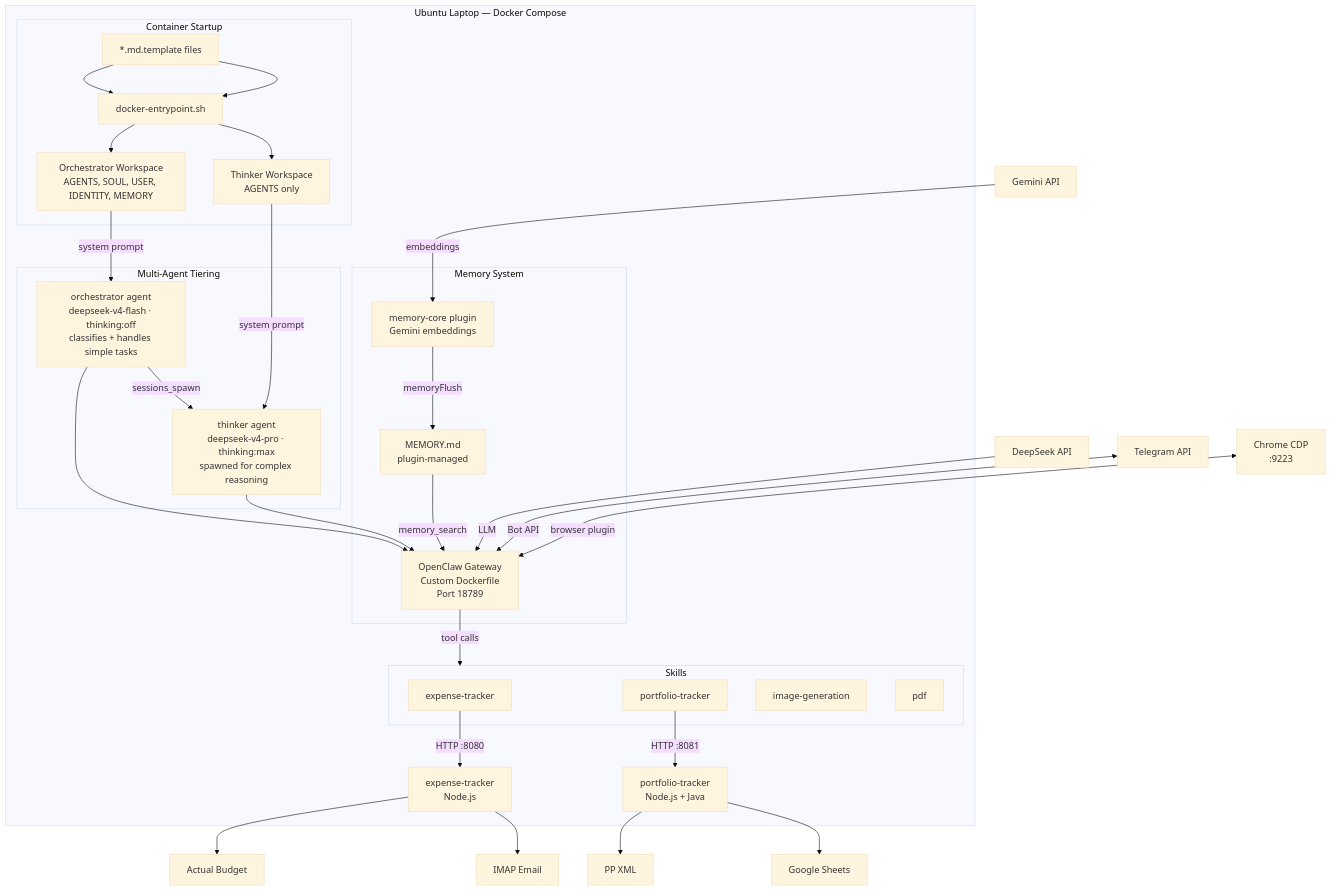
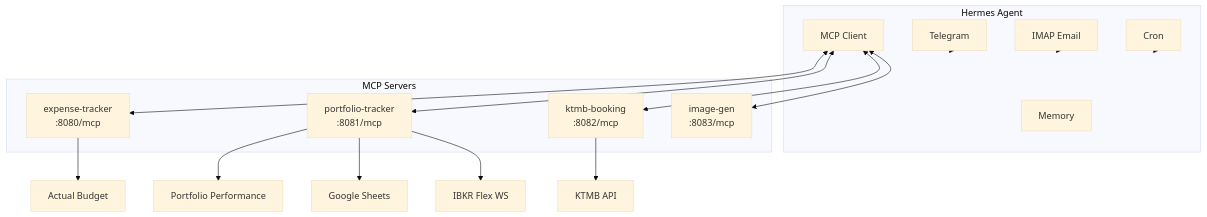
One commit to darrencjh8/darren-openclaw changed the sixth of 10 diagrams in design.md. Above: the diagram before and after it, drawn with Mermaid (base theme). The commit also changed other lines of this file and 5 other files, not shown here.

````diff
--- a/design.md
+++ b/design.md
@@ -652,52 +649,31 @@
 ```mermaid
 graph TB
-    subgraph Local["Ubuntu Laptop — Docker Compose"]
-        subgraph Startup["Container Startup"]
-            TPL["*.md.template files"]
-            ENT["docker-entrypoint.sh"]
-            WS["Orchestrator Workspace<br/>AGENTS, SOUL, USER, IDENTITY, MEMORY"]
-            TWS["Thinker Workspace<br/>AGENTS only"]
-            TPL --> ENT --> WS
-            TPL --> ENT --> TWS
-        end
-
-        subgraph Agents["Multi-Agent Tiering"]
-            ORCH["orchestrator agent<br/>deepseek-v4-flash · thinking:off<br/>classifies + handles simple tasks"]
-            THINK["thinker agent<br/>deepseek-v4-pro · thinking:max<br/>spawned for complex reasoning"]
-            ORCH -->|"sessions_spawn"| THINK
-        end
-
-        GW["OpenClaw Gateway<br/>Custom Dockerfile<br/>Port 18789"]
-        WS -->|"system prompt"| ORCH
-        TWS -->|"system prompt"| THINK
-        ORCH --> GW
-        THINK --> GW
-
-        subgraph Memory["Memory System"]
-            MC["memory-core plugin<br/>Gemini embeddings"]
-            MEM["MEMORY.md<br/>plugin-managed"]
-            MC -->|"memoryFlush"| MEM
-            MEM -->|"memory_search"| GW
-        end
-
-        subgraph Skills["Skills"]
-            EXP["expense-tracker"]
-            POR["portfolio-tracker"]
-            IMG["image-generation"]
-            PDF["pdf"]
-        end
-
-        GW -->|"tool calls"| Skills
-        EXP -->|"HTTP :8080"| ET["expense-tracker<br/>Node.js"]
-        POR -->|"HTTP :8081"| PT["portfolio-tracker<br/>Node.js + Java"]
+    subgraph Hermes["Hermes Agent"]
+        TG["Telegram"]
+        Email["IMAP Email"]
+        MEM["Memory"]
+        CRON["Cron"]
+        MCP["MCP Client"]
     end
 
-    DS["DeepSeek API"] -->|"LLM"| GW
-    GM["Gemini API"] -->|"embeddings"| MC
-    TG["Telegram API"] <-->|"Bot API"| GW
-    CH["Chrome CDP<br/>:9223"] <-->|"browser plugin"| GW
+    subgraph Modules["MCP Servers"]
+        ET["expense-tracker\n:8080/mcp"]
+        PT["portfolio-tracker\n:8081/mcp"]
+        KTMB["ktmb-booking\n:8082/mcp"]
+        IG["image-gen\n:8083/mcp"]
+    end
+
+    TG --> Hermes
+    Email --> Hermes
+    CRON --> Hermes
+    MCP <--> ET
+    MCP <--> PT
+    MCP <--> KTMB
+    MCP <--> IG
+
     ET --> AB["Actual Budget"]
-    ET --> Email["IMAP Email"]
-    PT --> PP["PP XML"]
+    PT --> PP["Portfolio Performance"]
     PT --> GS["Google Sheets"]
+    PT --> IBKR["IBKR Flex WS"]
+    KTMB --> KTMBAPI["KTMB API"]
 ```
````
